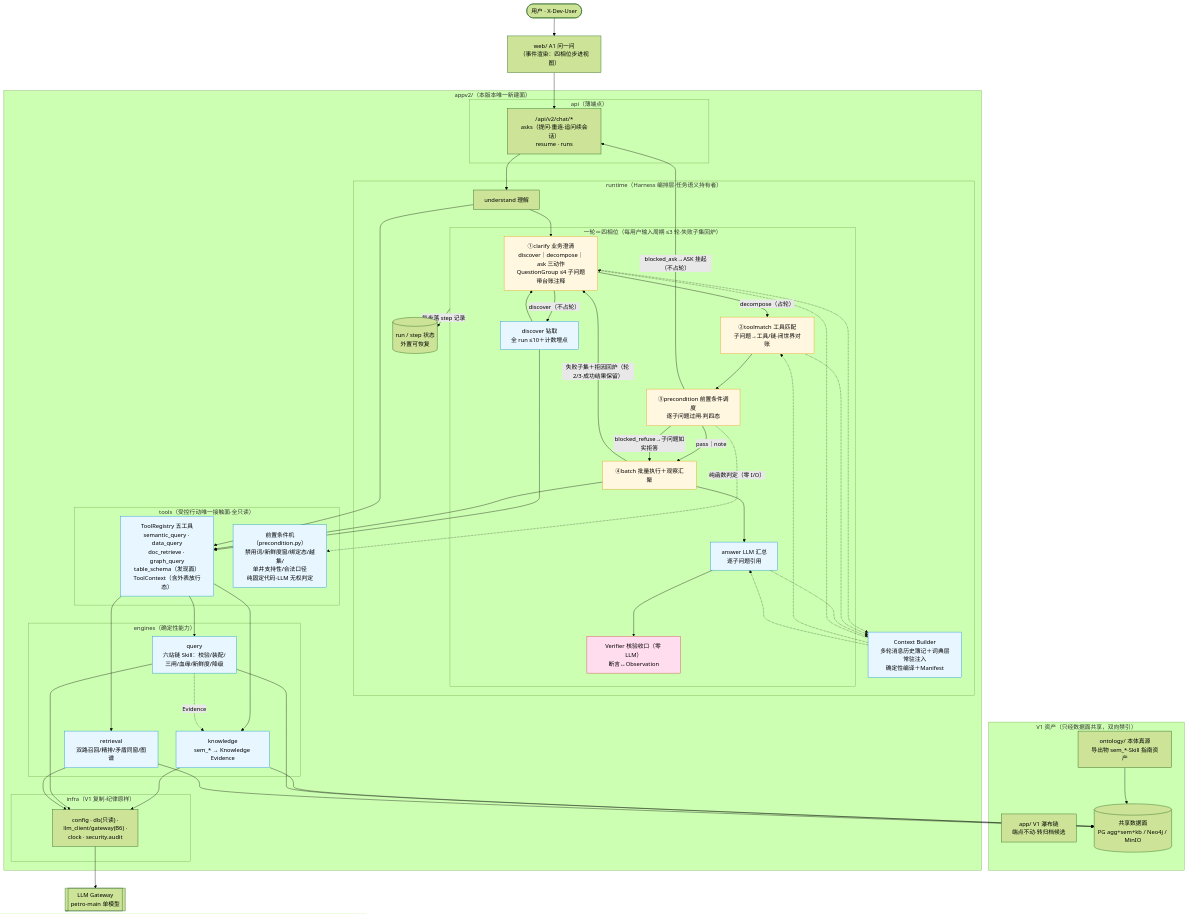
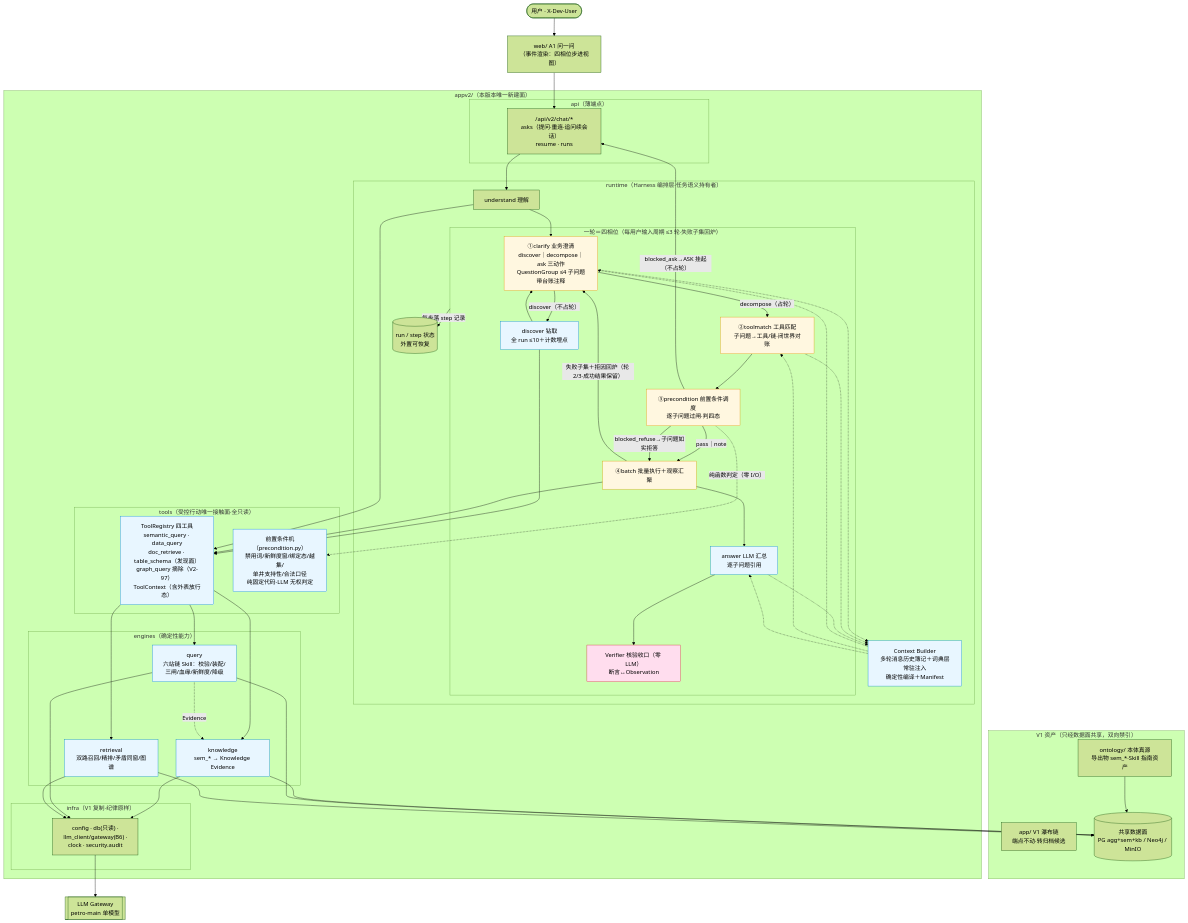
One commit to zzwcoding/petro-agent-platform changed the diagram in docs/architecture-v2.md. Above: the diagram before and after it, drawn with Mermaid (forest theme). The commit also changed other lines of this file and 7 other files, not shown here.

Commit message:
V2-98 收尾对账:债务闸票号族扩V2系+载入tickets/**/*.md(resolve_target(V2-97)=True);modules/architecture/tools包docstring 五工具→四工具+摘除语境;流程文档登记V2-99接线决策;5新测,全量2425过

````diff
--- a/docs/architecture-v2.md
+++ b/docs/architecture-v2.md
@@ -8,74 +8,74 @@
 ```mermaid
 flowchart TB
     subgraph 外部["V1 资产（只经数据面共享，双向禁引）"]
         V1APP[app/ V1 瀑布链<br/>端点不动·转归档候选]
         ONTO[ontology/ 本体真源<br/>导出物 sem_*·Skill 指南资产]
         DATAPLANE[(共享数据面<br/>PG agg+sem+kb / Neo4j / MinIO)]
     end
 
     subgraph APPV2["appv2/（本版本唯一新建面）"]
         subgraph L4["api（薄端点）"]
             API["/api/v2/chat/*<br/>asks（提问·重连·追问续会话）<br/>resume · runs"]
         end
         subgraph L3["runtime（Harness 编排层·任务语义持有者）"]
             U["understand 理解"]
             subgraph PH["一轮＝四相位（每用户输入周期 ≤3 轮·失败子集回炉）"]
                 CL["①clarify 业务澄清<br/>discover｜decompose｜ask 三动作<br/>QuestionGroup ≤4 子问题带台账注释"]
                 DS["discover 钻取<br/>全 run ≤10＋计数埋点"]
                 TM["②toolmatch 工具匹配<br/>子问题→工具/链·闭世界对账"]
                 PRE["③precondition 前置条件调度<br/>逐子问题过闸·判四态"]
                 BAT["④batch 批量执行＋观察汇聚"]
                 AN["answer LLM 汇总<br/>逐子问题引用"]
                 VF["Verifier 核验收口（零 LLM）<br/>断言↔Observation"]
             end
             CB["Context Builder<br/>多轮消息历史簿记＋词典层常驻注入<br/>确定性编译＋Manifest"]
             ST[("run / step 状态<br/>外置可恢复")]
         end
         subgraph L2["tools（受控行动唯一接触面·全只读）"]
-            TR["ToolRegistry 五工具<br/>semantic_query · data_query<br/>doc_retrieve · graph_query<br/>table_schema（发现面）<br/>ToolContext（含外表放行态）"]
+            TR["ToolRegistry 四工具<br/>semantic_query · data_query<br/>doc_retrieve · table_schema（发现面）<br/>graph_query 摘除（V2-97）<br/>ToolContext（含外表放行态）"]
             PC["前置条件机（precondition.py）<br/>禁用词/新鲜度窗/绑定态/越集/<br/>单井支持性/合法口径<br/>纯固定代码·LLM 无权判定"]
         end
         subgraph L1["engines（确定性能力）"]
             KNO["knowledge<br/>sem_* → Knowledge Evidence"]
             QEN["query<br/>六站链 Skill：校验/装配/<br/>三闸/血缘/新鲜度/降级"]
             REN["retrieval<br/>双路召回/精排/矛盾同窗/图谱"]
         end
         subgraph L0["infra（V1 复制·纪律原样）"]
             INFRA["config · db(只读) ·<br/>llm_client/gateway(B6) ·<br/>clock · security.audit"]
         end
         API --> U
         U --> CL
         CL -- "discover（不占轮）" --> DS
         CL -- "decompose（占轮）" --> TM
         DS --> CL
         TM --> PRE
         PRE -- "pass｜note" --> BAT
         PRE -- "blocked_ask→ASK 挂起（不占轮）" --> API
         PRE -- "blocked_refuse→子问题如实拒答" --> BAT
         BAT -- "失败子集＋拒因回炉（轮 2/3·成功结果保留）" --> CL
         BAT --> AN --> VF
         CL & TM & AN -.-> CB
         CB -.-> CL & TM & AN
         U & DS & BAT --> TR
         PRE -. "纯函数判定（零 I/O）" .-> PC
         TR --> KNO & QEN & REN
         KNO & QEN & REN --> INFRA
         QEN -. Evidence .-> KNO
         PH -- "每步落 step 记录" --> ST
     end
 
     WEB["web/ A1 问一问<br/>（事件渲染：四相位步进视图）"]
     USER(["用户 · X-Dev-User"])
 
     USER --> WEB --> API
     INFRA --> GATEWAY[[LLM Gateway<br/>petro-main 单模型]]
     KNO & QEN & REN --> DATAPLANE
     ONTO --> DATAPLANE
 
     classDef safety fill:#fde,stroke:#c33;
     classDef new fill:#e8f6ff,stroke:#08c;
     classDef phase fill:#fff7e0,stroke:#d90;
     class VF,PC safety
     class CL,DS,TM,PRE,BAT,AN,CB,TR,PC,KNO,QEN,REN new
     class CL,TM,PRE,BAT phase
 ```
````
